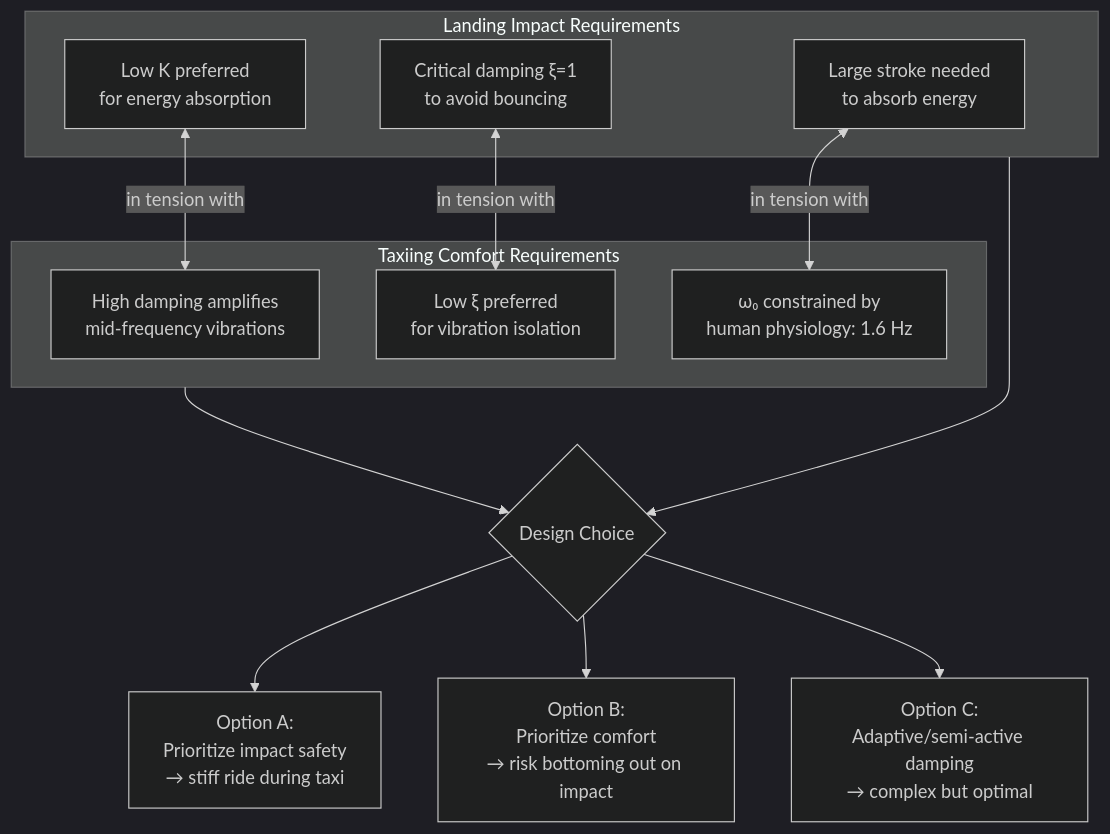
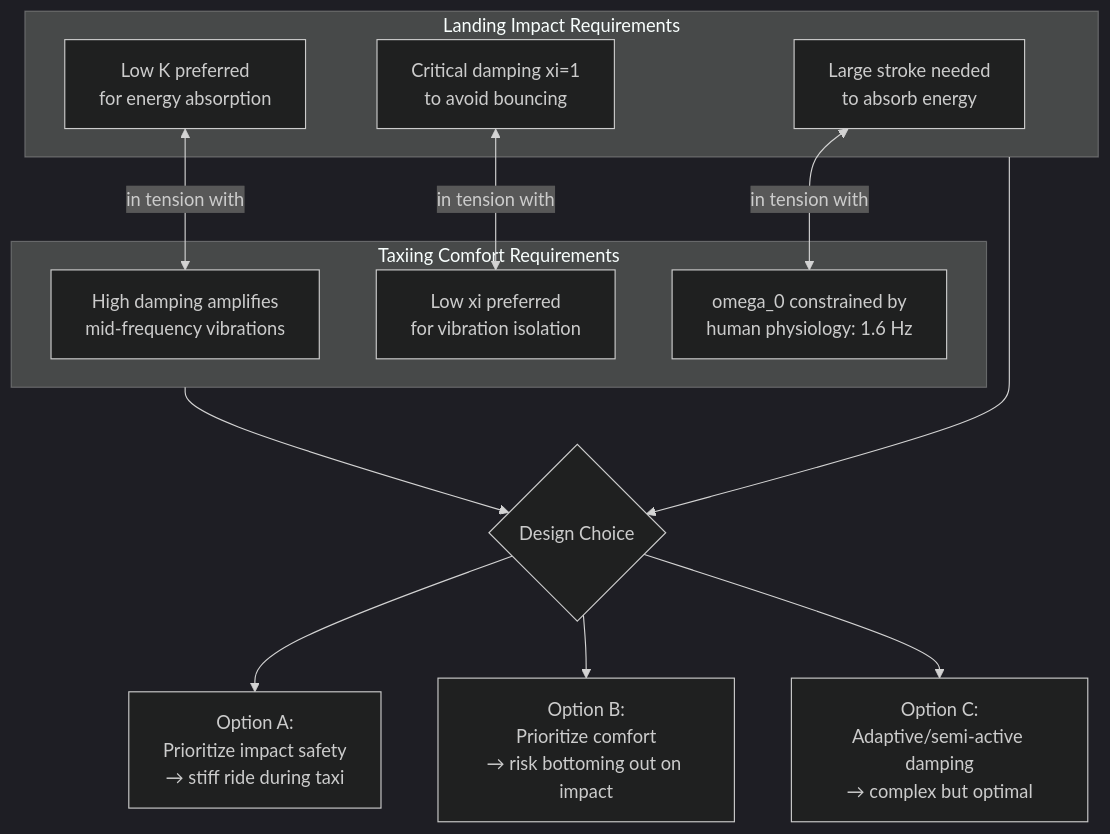
Before and after one commit to julietteC06/industrial-systems-analysis: the third of 3 diagrams in landing-gear-tradeoff/README.md, drawn with Mermaid (dark theme). The commit also changed other lines of this file and 3 other files, not shown here.

First line of the commit message:
Fix Mermaid diagrams: replace Unicode subscripts/Greek with ASCII

````diff
--- a/landing-gear-tradeoff/README.md
+++ b/landing-gear-tradeoff/README.md
@@ -161,24 +161,24 @@
 ```mermaid
 flowchart TD
     subgraph Impact["Landing Impact Requirements"]
         I1[Large stroke needed<br>to absorb energy]
-        I2[Critical damping ξ=1<br>to avoid bouncing]
+        I2[Critical damping xi=1<br>to avoid bouncing]
         I3[Low K preferred<br>for energy absorption]
     end
 
     subgraph Taxiing["Taxiing Comfort Requirements"]
         T1[High damping amplifies<br>mid-frequency vibrations]
-        T2[Low ξ preferred<br>for vibration isolation]
-        T3[ω₀ constrained by<br>human physiology: 1.6 Hz]
+        T2[Low xi preferred<br>for vibration isolation]
+        T3[omega_0 constrained by<br>human physiology: 1.6 Hz]
     end
 
     I1 <-->|"in tension with"| T3
     I2 <-->|"in tension with"| T2
     I3 <-->|"in tension with"| T1
 
     Impact --> Tradeoff{Design Choice}
     Taxiing --> Tradeoff
     Tradeoff --> D1[Option A:<br>Prioritize impact safety<br>→ stiff ride during taxi]
     Tradeoff --> D2[Option B:<br>Prioritize comfort<br>→ risk bottoming out on impact]
     Tradeoff --> D3[Option C:<br>Adaptive/semi-active damping<br>→ complex but optimal]
 ```
````
